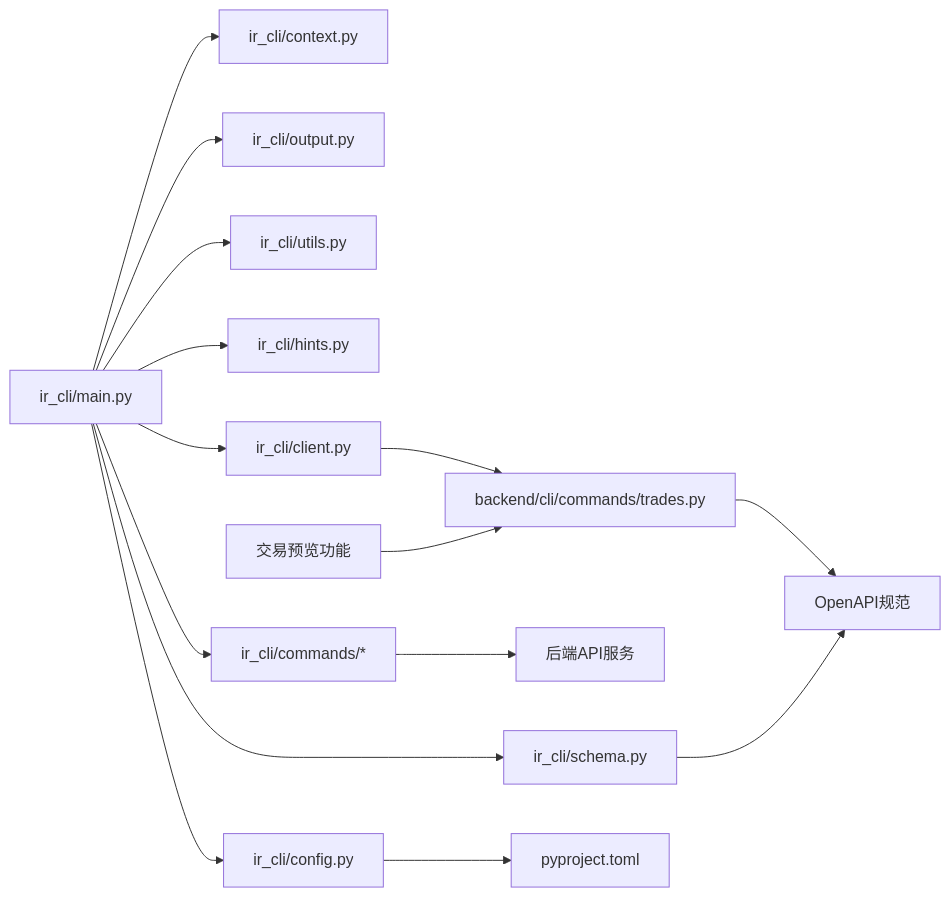
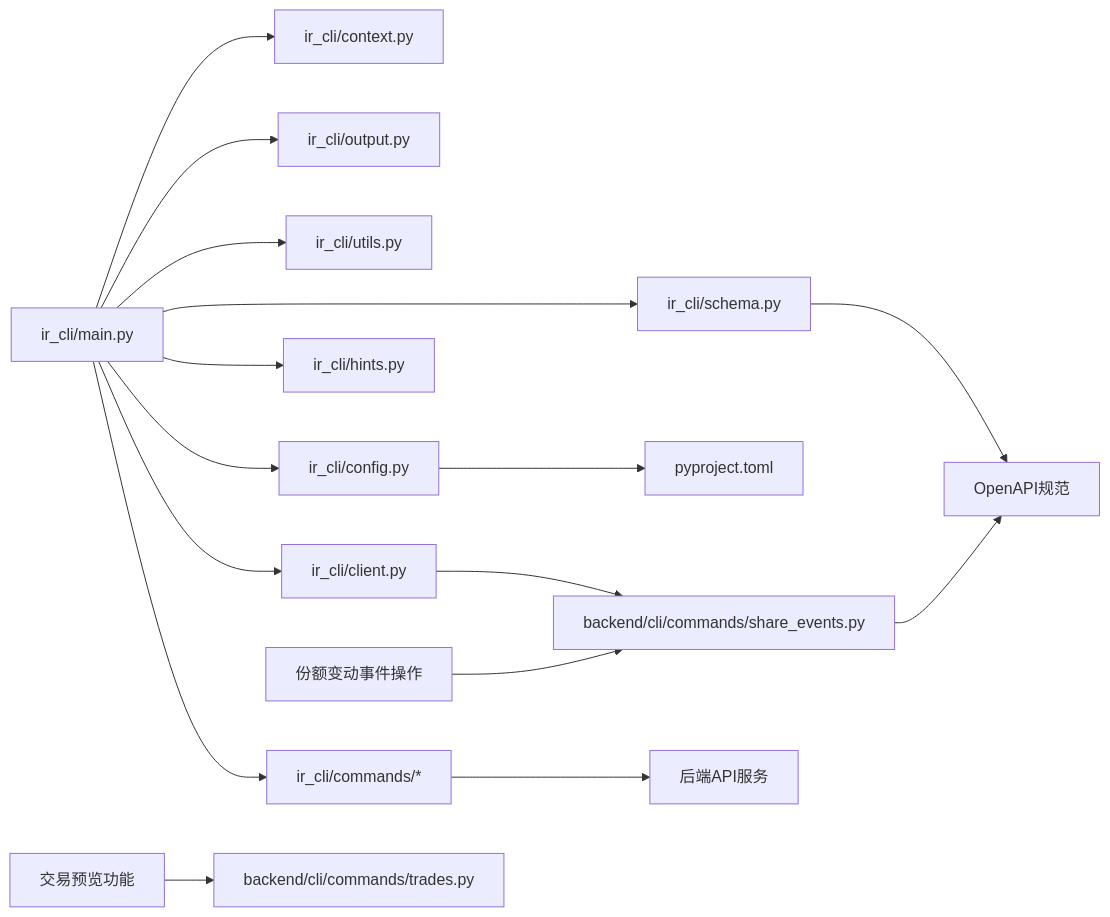
One commit to gujialind/InvestRing changed the fourth of 4 diagrams in .qoder/repowiki/zh/content/开发指南/InvestRing Admin CLI 工具.md. Above: the diagram before and after it, drawn with Mermaid. The commit also changed other lines of this file and 28 other files, not shown here.

````diff
--- a/.qoder/repowiki/zh/content/开发指南/InvestRing Admin CLI 工具.md
+++ b/.qoder/repowiki/zh/content/开发指南/InvestRing Admin CLI 工具.md
@@ -228,17 +233,18 @@
 ```mermaid
 graph LR
 Main["ir_cli/main.py"] --> Ctx["ir_cli/context.py"]
 Main --> Out["ir_cli/output.py"]
 Main --> Utils["ir_cli/utils.py"]
 Main --> Schema["ir_cli/schema.py"]
 Main --> Hints["ir_cli/hints.py"]
 Main --> Config["ir_cli/config.py"]
 Main --> Client["ir_cli/client.py"]
 Main --> Cmds["ir_cli/commands/*"]
 Cmds --> Services["后端API服务"]
-Client --> BackendCLI["backend/cli/commands/trades.py"]
+Client --> BackendCLI["backend/cli/commands/share_events.py"]
 BackendCLI --> API["OpenAPI规范"]
 Config --> PyProj["pyproject.toml"]
 Schema --> API
-TradePreview["交易预览功能"] --> BackendCLI
+ShareEventOps["份额变动事件操作"] --> BackendCLI
+TradePreview["交易预览功能"] --> trades["backend/cli/commands/trades.py"]
 ```
````
